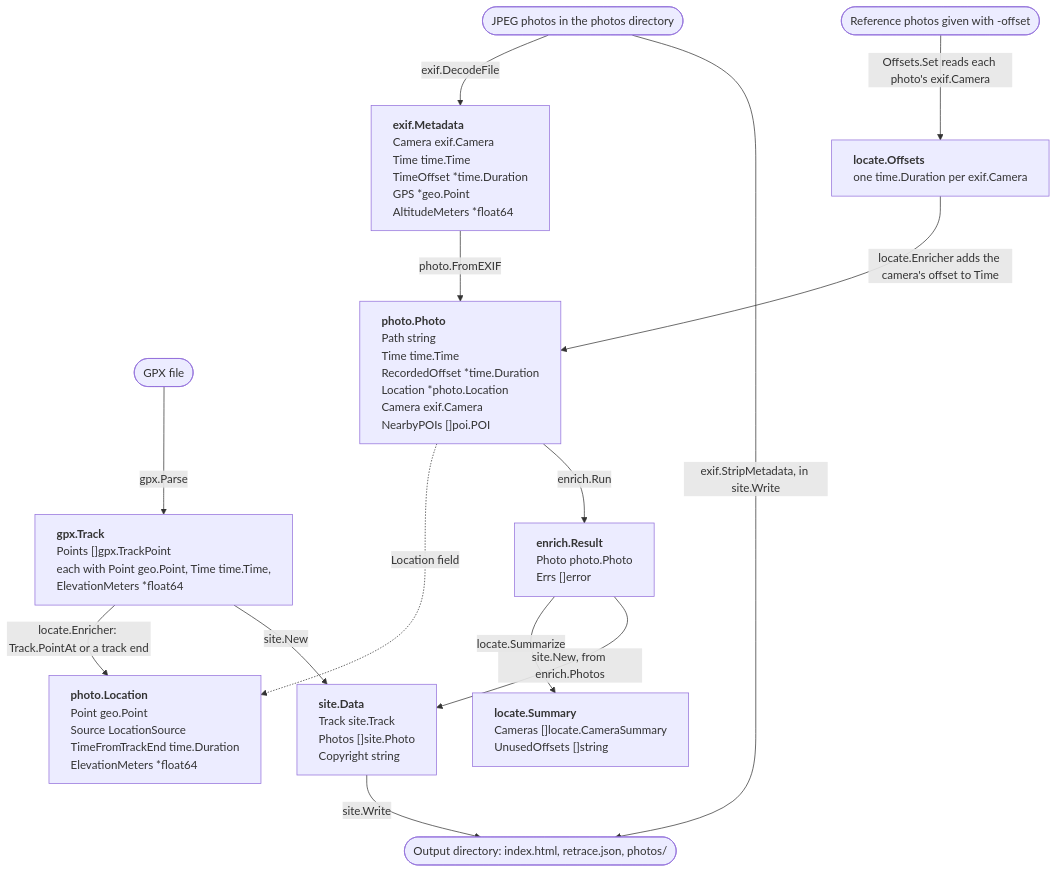
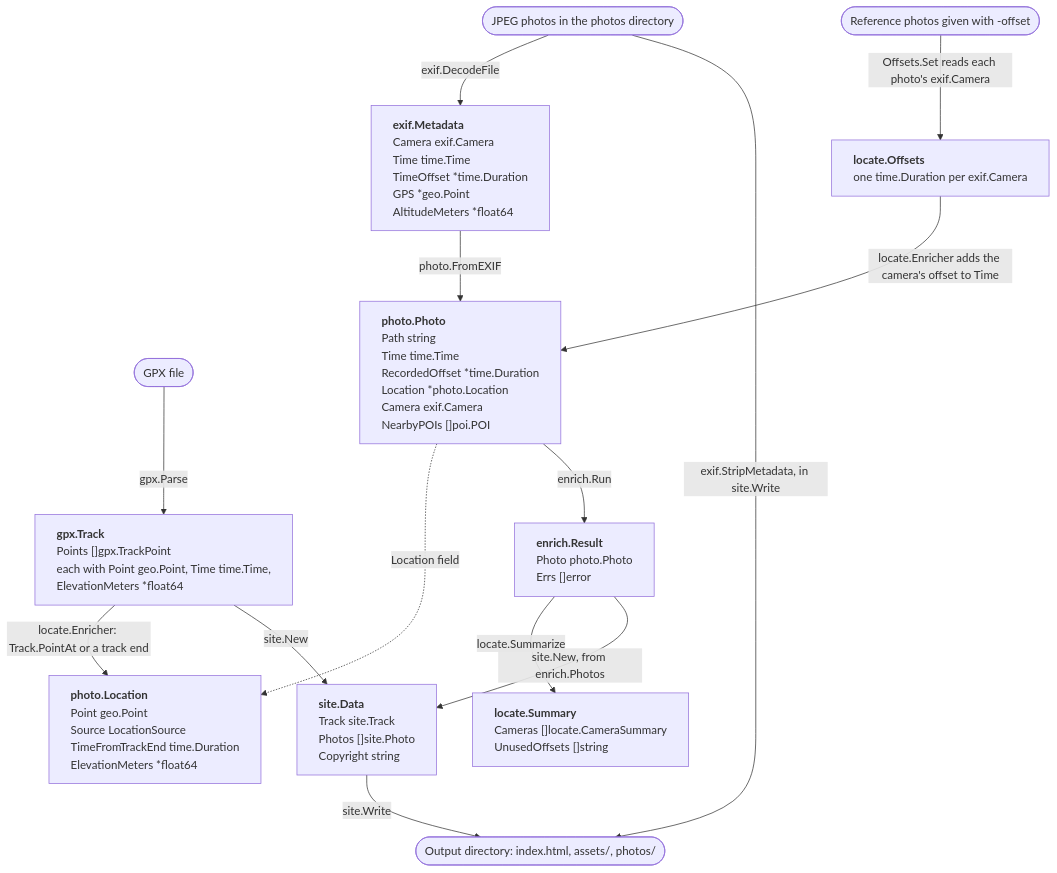
The diagram in README.md (sh531/retrace), drawn with Mermaid before and after one commit. The commit also changed other lines of this file and 4 other files, not shown here.

Commit message:
drop retrace.json

````diff
--- a/README.md
+++ b/README.md
@@ -135,41 +132,41 @@
 ```mermaid
 ---
 config:
   flowchart:
     wrappingWidth: 400
 ---
 flowchart TD
     jpegs(["JPEG photos in the photos directory"])
     gpxFile(["GPX file"])
     refPhotos(["Reference photos given with -offset"])
-    outDir(["Output directory: index.html, retrace.json, photos/"])
+    outDir(["Output directory: index.html, assets/, photos/"])
 
     Metadata["<b>exif.Metadata</b><br/>Camera exif.Camera<br/>Time time.Time<br/>TimeOffset *time.Duration<br/>GPS *geo.Point<br/>AltitudeMeters *float64"]
     Photo["<b>photo.Photo</b><br/>Path string<br/>Time time.Time<br/>RecordedOffset *time.Duration<br/>Location *photo.Location<br/>Camera exif.Camera<br/>NearbyPOIs []poi.POI"]
     Location["<b>photo.Location</b><br/>Point geo.Point<br/>Source LocationSource<br/>TimeFromTrackEnd time.Duration<br/>ElevationMeters *float64"]
     Track["<b>gpx.Track</b><br/>Points []gpx.TrackPoint<br/>each with Point geo.Point, Time time.Time,<br/>ElevationMeters *float64"]
     Offsets["<b>locate.Offsets</b><br/>one time.Duration per exif.Camera"]
     Result["<b>enrich.Result</b><br/>Photo photo.Photo<br/>Errs []error"]
     Summary["<b>locate.Summary</b><br/>Cameras []locate.CameraSummary<br/>UnusedOffsets []string"]
     Data["<b>site.Data</b><br/>Track site.Track<br/>Photos []site.Photo<br/>Copyright string"]
 
     jpegs -->|exif.DecodeFile| Metadata
     Metadata -->|photo.FromEXIF| Photo
     gpxFile -->|gpx.Parse| Track
     refPhotos -->|"Offsets.Set reads each photo's exif.Camera"| Offsets
 
     Offsets -->|"locate.Enricher adds the camera's offset to Time"| Photo
     Track -->|"locate.Enricher: Track.PointAt or a track end"| Location
     Photo -.->|"Location field"| Location
 
     Photo -->|enrich.Run| Result
     Result -->|locate.Summarize| Summary
 
     Result -->|"site.New, from enrich.Photos"| Data
     Track -->|site.New| Data
     Data -->|site.Write| outDir
     jpegs -->|"exif.StripMetadata, in site.Write"| outDir
 
     classDef struct text-align:left
     class Metadata,Photo,Location,Track,Offsets,Result,Summary,Data struct
 ```
````
